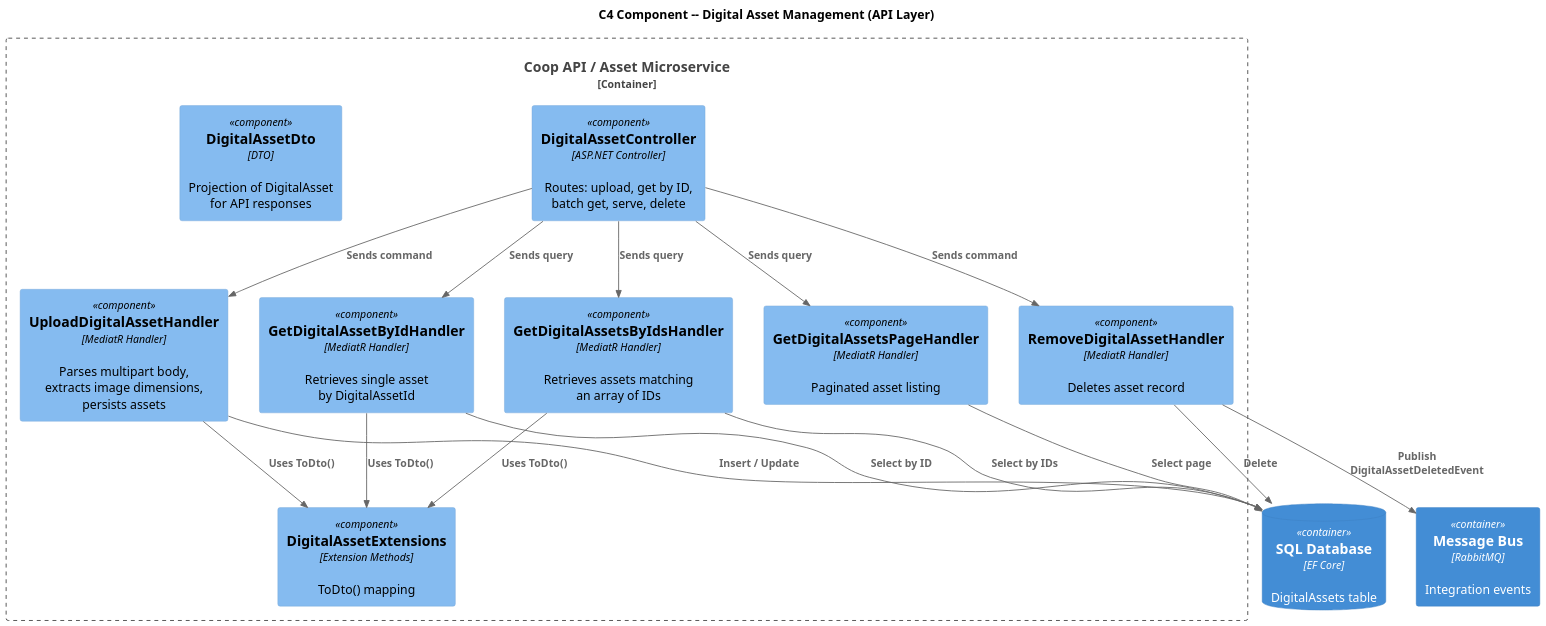
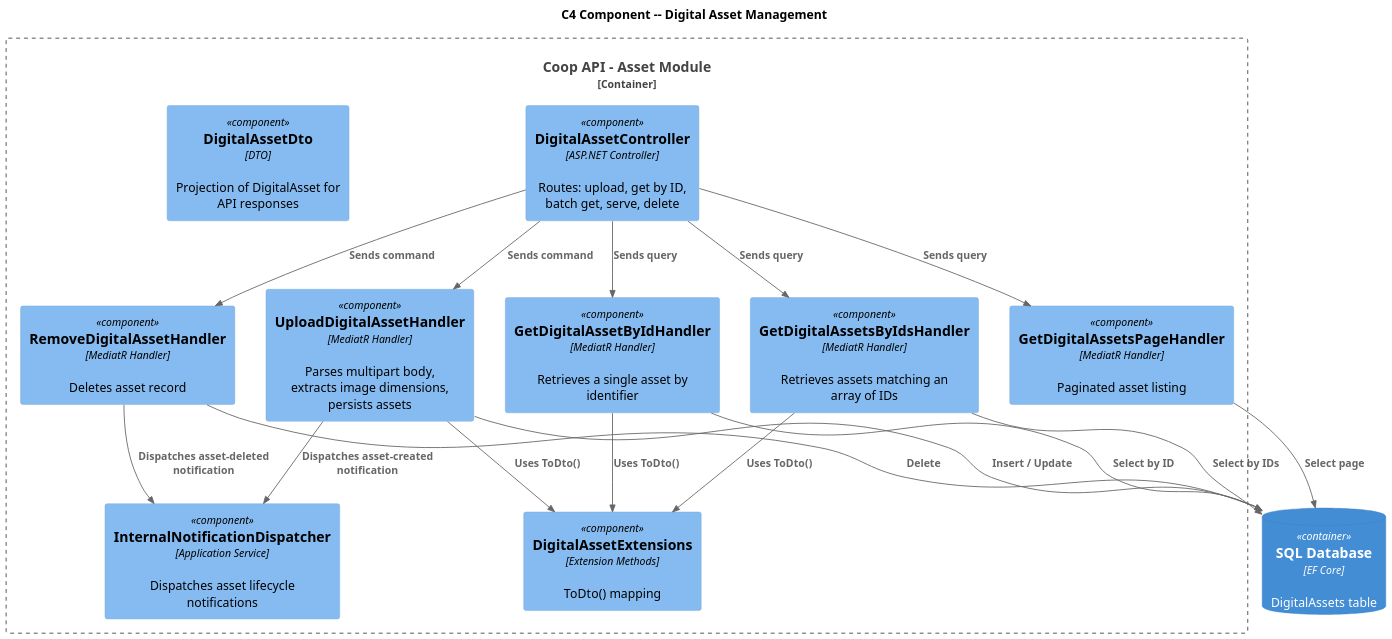
The diagram in docs/detailed-designs/08-digital-asset-management/c4-component.puml (QuinntyneBrown/Coop), drawn with PlantUML before and after one commit. The commit also changed 4 other files, not shown here.

Commit message:
Update C4 diagrams for document, digital asset, and theme modules

```diff
--- a/docs/detailed-designs/08-digital-asset-management/c4-component.puml
+++ b/docs/detailed-designs/08-digital-asset-management/c4-component.puml
@@ -1,47 +1,41 @@
 @startuml
 !include https://raw.githubusercontent.com/plantuml-stdlib/C4-PlantUML/master/C4_Component.puml
 
 skinparam dpi 150
 skinparam pageMargin 10
 
-title C4 Component -- Digital Asset Management (API Layer)
+title C4 Component -- Digital Asset Management
 
-Container_Boundary(api, "Coop API / Asset Microservice") {
-  Component(ctrl, "DigitalAssetController", "ASP.NET Controller", "Routes: upload, get by ID,\nbatch get, serve, delete")
-
-  Component(uploadHandler, "UploadDigitalAssetHandler", "MediatR Handler", "Parses multipart body,\nextracts image dimensions,\npersists assets")
-
-  Component(getByIdHandler, "GetDigitalAssetByIdHandler", "MediatR Handler", "Retrieves single asset\nby DigitalAssetId")
-
-  Component(batchHandler, "GetDigitalAssetsByIdsHandler", "MediatR Handler", "Retrieves assets matching\nan array of IDs")
-
+Container_Boundary(api, "Coop API - Asset Module") {
+  Component(ctrl, "DigitalAssetController", "ASP.NET Controller", "Routes: upload, get by ID, batch get, serve, delete")
+  Component(uploadHandler, "UploadDigitalAssetHandler", "MediatR Handler", "Parses multipart body, extracts image dimensions, persists assets")
+  Component(getByIdHandler, "GetDigitalAssetByIdHandler", "MediatR Handler", "Retrieves a single asset by identifier")
+  Component(batchHandler, "GetDigitalAssetsByIdsHandler", "MediatR Handler", "Retrieves assets matching an array of IDs")
   Component(pageHandler, "GetDigitalAssetsPageHandler", "MediatR Handler", "Paginated asset listing")
-
   Component(removeHandler, "RemoveDigitalAssetHandler", "MediatR Handler", "Deletes asset record")
-
-  Component(dto, "DigitalAssetDto", "DTO", "Projection of DigitalAsset\nfor API responses")
-
+  Component(dispatcher, "InternalNotificationDispatcher", "Application Service", "Dispatches asset lifecycle notifications")
+  Component(dto, "DigitalAssetDto", "DTO", "Projection of DigitalAsset for API responses")
   Component(ext, "DigitalAssetExtensions", "Extension Methods", "ToDto() mapping")
 }
 
 ContainerDb(db, "SQL Database", "EF Core", "DigitalAssets table")
-Container(bus, "Message Bus", "RabbitMQ", "Integration events")
 
 Rel(ctrl, uploadHandler, "Sends command")
 Rel(ctrl, getByIdHandler, "Sends query")
 Rel(ctrl, batchHandler, "Sends query")
 Rel(ctrl, pageHandler, "Sends query")
 Rel(ctrl, removeHandler, "Sends command")
 
 Rel(uploadHandler, db, "Insert / Update")
 Rel(getByIdHandler, db, "Select by ID")
 Rel(batchHandler, db, "Select by IDs")
 Rel(pageHandler, db, "Select page")
 Rel(removeHandler, db, "Delete")
-Rel(removeHandler, bus, "Publish\nDigitalAssetDeletedEvent")
+Rel(uploadHandler, dispatcher, "Dispatches asset-created notification")
+Rel(removeHandler, dispatcher, "Dispatches asset-deleted notification")
 
 Rel(uploadHandler, ext, "Uses ToDto()")
 Rel(getByIdHandler, ext, "Uses ToDto()")
 Rel(batchHandler, ext, "Uses ToDto()")
 
 @enduml
```
